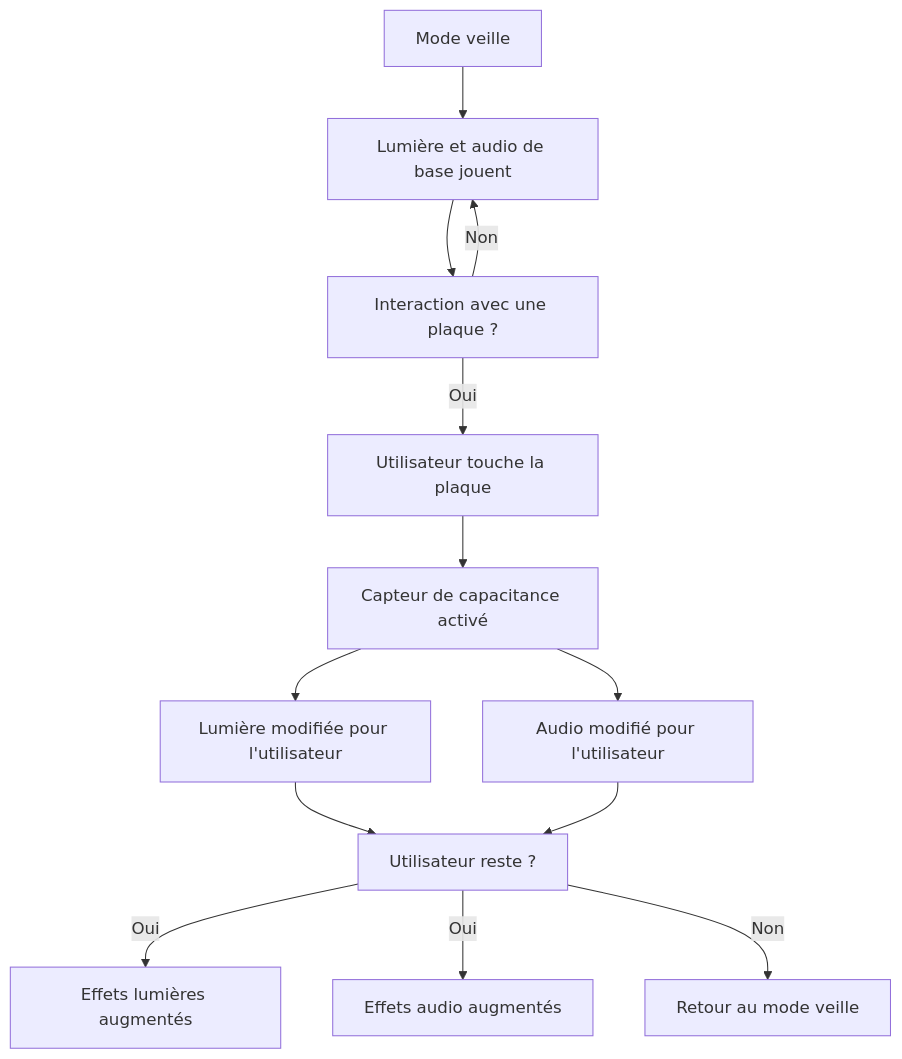
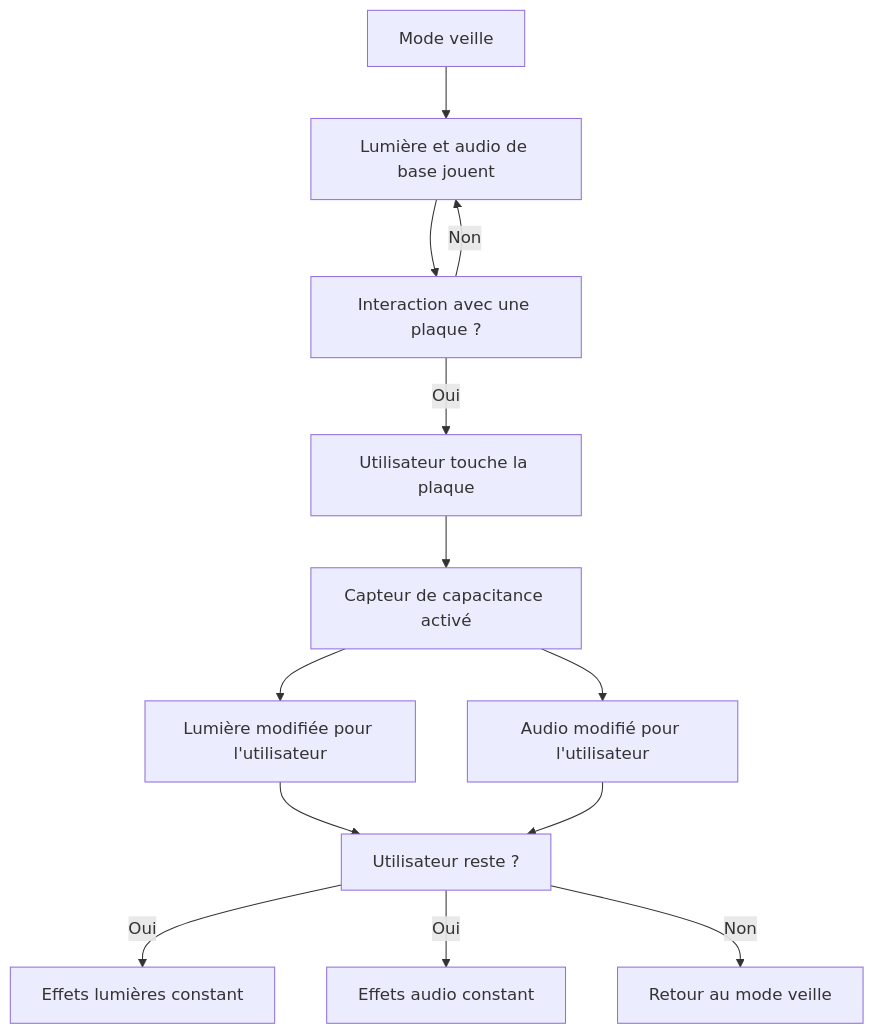
The diagram in 20_intention/30_scenario/README.md (Miaou-Mafia/projet-luminatura), drawn with Mermaid before and after one commit.

````diff
--- a/20_intention/30_scenario/README.md
+++ b/20_intention/30_scenario/README.md
@@ -4,21 +4,21 @@
 ```mermaid
 graph TD;
     ModeVeille[Mode veille] --> AmbianceBase[Lumière et audio de base jouent];
     AmbianceBase --> Interaction[Interaction avec une plaque ?];
     
     Interaction -- Oui --> Plaque1[Utilisateur touche la plaque];
     Plaque1 --> Capteur1[Capteur de capacitance activé];
     
     Capteur1 --> Lumière1[Lumière modifiée pour l'utilisateur];
     Capteur1 --> Audio1[Audio modifié pour l'utilisateur];
     
     Lumière1 --> Reste1[Utilisateur reste ?];
     Audio1 --> Reste1;
     
-    Reste1 -- Oui --> PlusEffetsLumière1[Effets lumières augmentés];
-    Reste1 -- Oui --> PlusEffetsAudio1[Effets audio augmentés];
+    Reste1 -- Oui --> PlusEffetsLumière1[Effets lumières constant];
+    Reste1 -- Oui --> PlusEffetsAudio1[Effets audio constant];
     Reste1 -- Non --> RetourVeille[Retour au mode veille];
     
     Interaction -- Non --> AmbianceBase;
 
 ```
````
